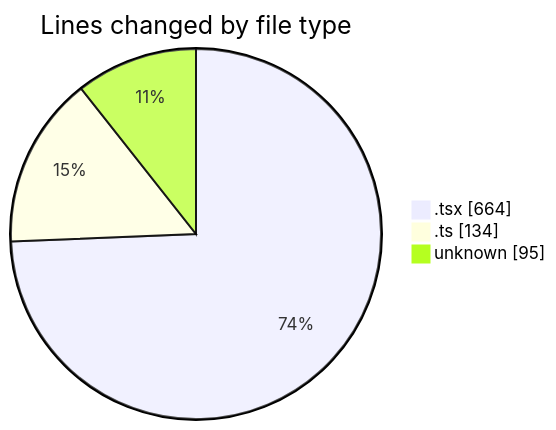
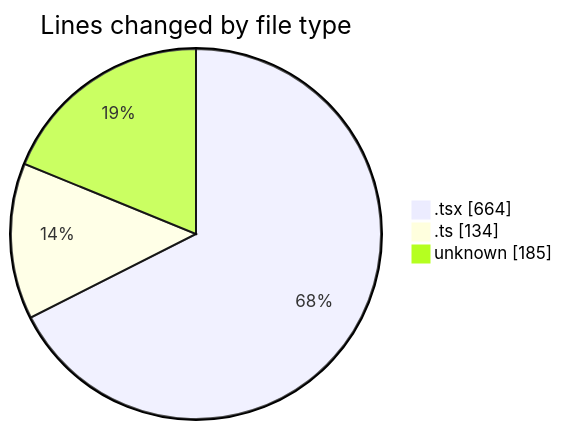
Before and after one commit to Elitesun/code-tracking: the first of 2 diagrams in 2025-05-20/niten/README.md, drawn with Mermaid. The commit also changed other lines of this file and 1 other file, not shown here.

````diff
--- a/2025-05-20/niten/README.md
+++ b/2025-05-20/niten/README.md
@@ -27,7 +27,7 @@
 ```mermaid
 pie showData
 title Lines changed by file type
 ".tsx" : 664
 ".ts" : 134
-"unknown" : 95
+"unknown" : 185
 ```
````
